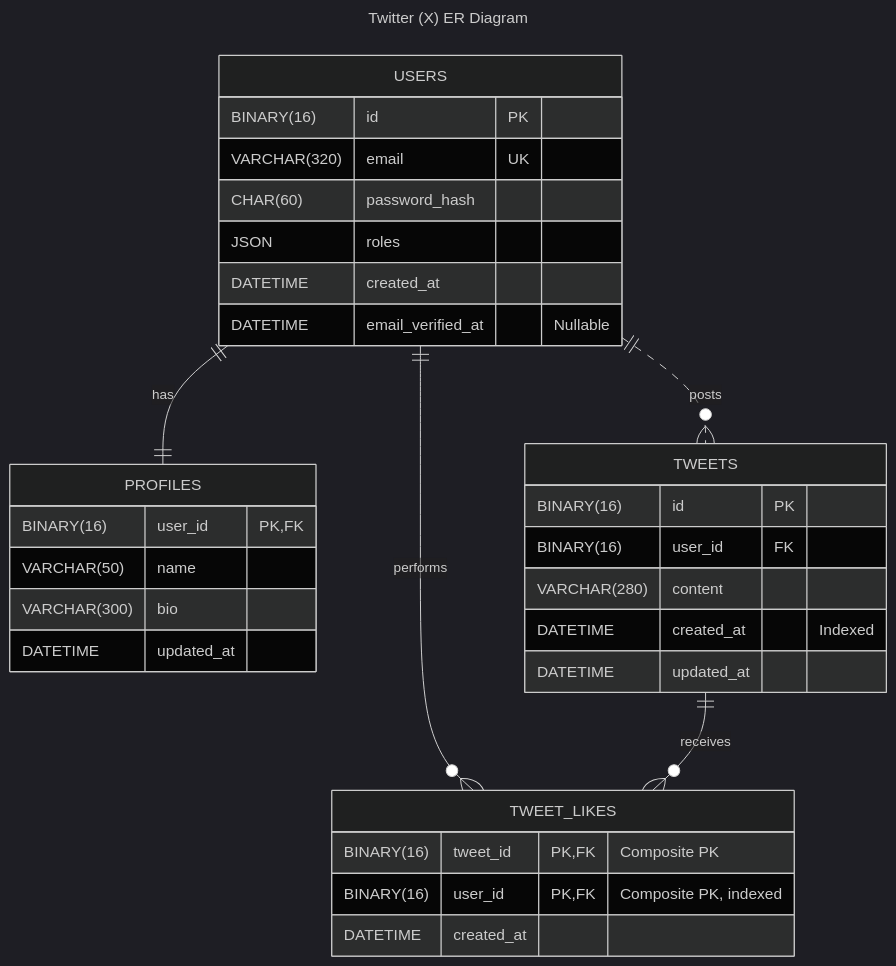
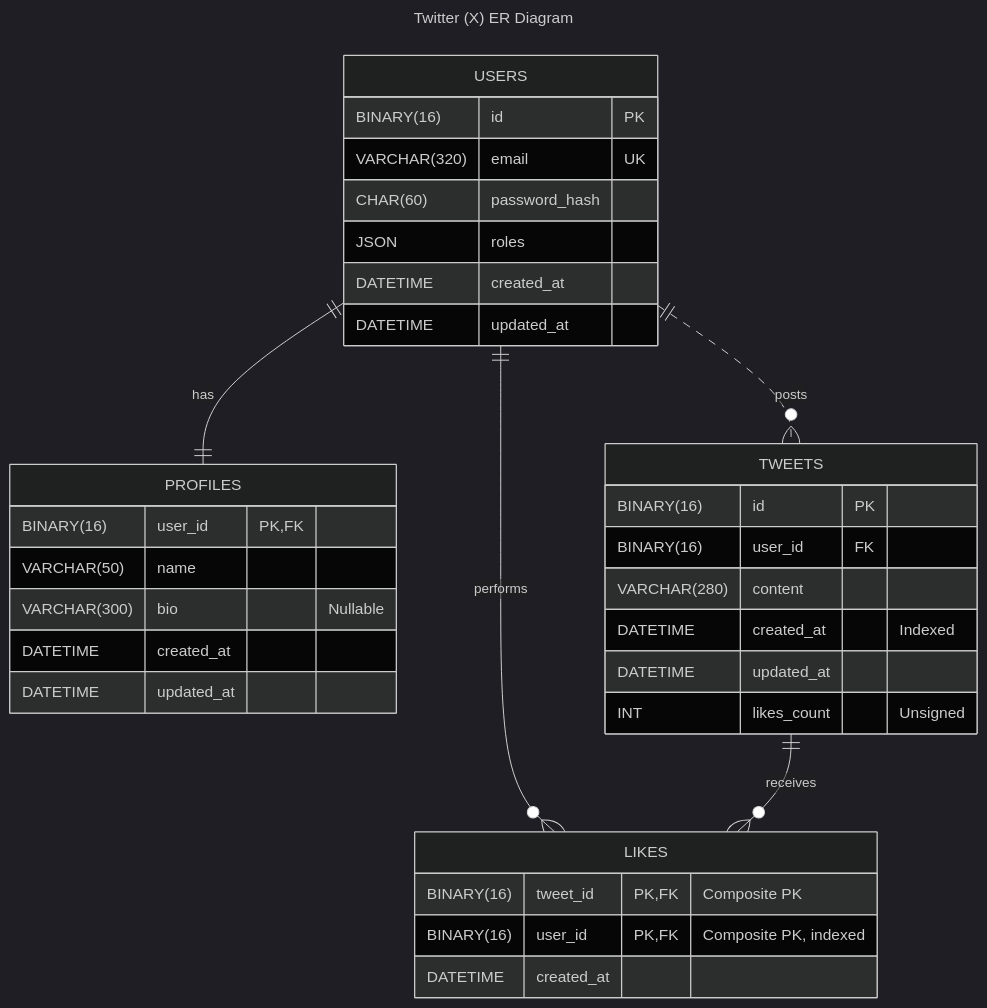
Before and after one commit to CPAprince/Twitter: the diagram in docs/database.md, drawn with Mermaid (dark theme). The commit also changed other lines of this file, not shown here.

````diff
--- a/docs/database.md
+++ b/docs/database.md
@@ -41,40 +41,42 @@
 ```mermaid
 ---
 title: Twitter (X) ER Diagram
 ---
 erDiagram
     USERS {
         BINARY(16) id PK
         VARCHAR(320) email UK
         CHAR(60) password_hash
         JSON roles
         DATETIME created_at
-        DATETIME email_verified_at "Nullable"
+        DATETIME updated_at
     }
 
     PROFILES {
         BINARY(16) user_id PK, FK
         VARCHAR(50) name
-        VARCHAR(300) bio
+        VARCHAR(300) bio "Nullable"
+        DATETIME created_at
         DATETIME updated_at
     }
 
     TWEETS {
         BINARY(16) id PK
         BINARY(16) user_id FK
         VARCHAR(280) content
         DATETIME created_at "Indexed"
         DATETIME updated_at
+        INT likes_count "Unsigned"
     }
 
-    TWEET_LIKES {
+    LIKES {
         BINARY(16) tweet_id PK, FK "Composite PK"
         BINARY(16) user_id PK, FK "Composite PK, indexed"
         DATETIME created_at
     }
 
     USERS ||--|| PROFILES: has
     USERS ||..o{ TWEETS: posts
-    USERS ||--o{ TWEET_LIKES: performs
-    TWEETS ||--o{ TWEET_LIKES: receives
+    USERS ||--o{ LIKES: performs
+    TWEETS ||--o{ LIKES: receives
 ```
````
